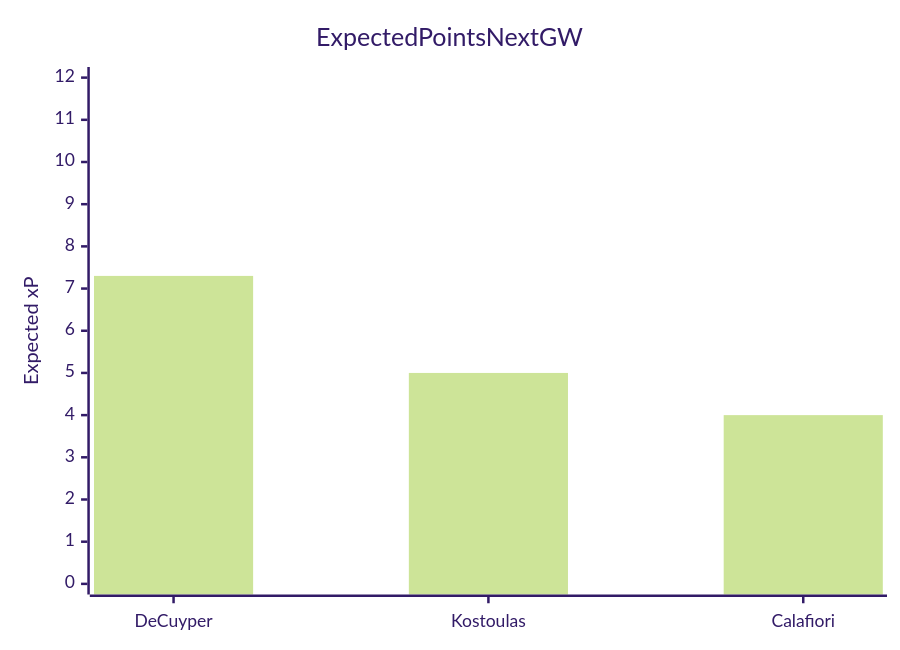
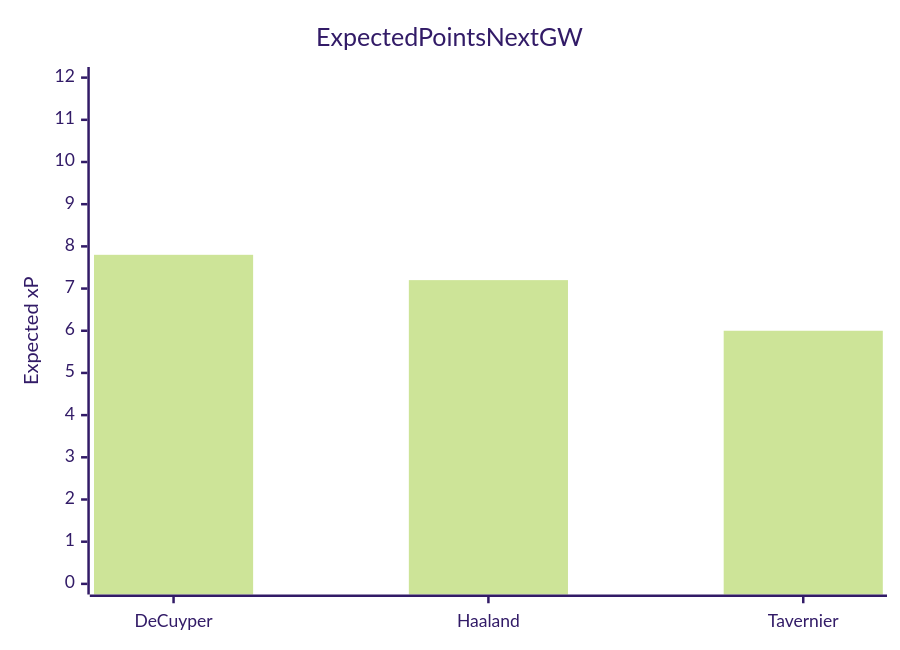
One commit to techsuresh82/fpl-analyzer changed the second of 6 diagrams in fpl_report.md. Above: the diagram before and after it, drawn with Mermaid (forest theme). The commit also changed other lines of this file, not shown here.

````diff
--- a/fpl_report.md
+++ b/fpl_report.md
@@ -36,7 +36,7 @@
 ```mermaid
 xychart-beta
     title Expected Points Next GW
-    x-axis [De Cuyper, Kostoulas, Calafiori]
+    x-axis [De Cuyper, Haaland, Tavernier]
     y-axis "Expected xP" 0 --> 12
-    bar [7.3, 5.0, 4.0]
+    bar [7.8, 7.2, 6.0]
 ```
````
